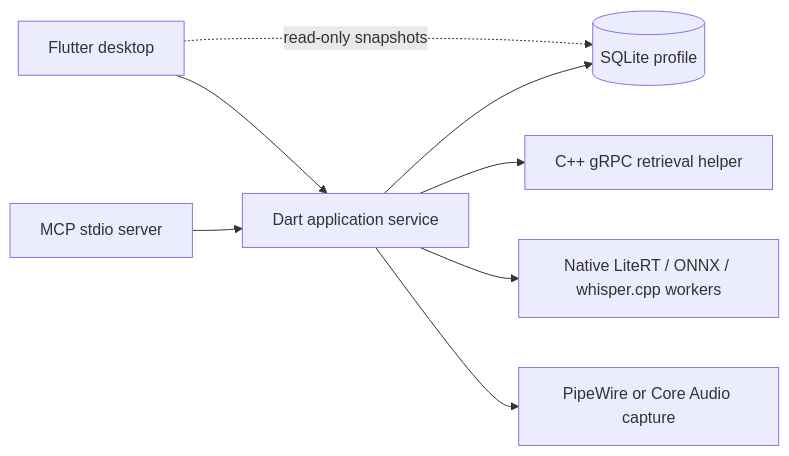
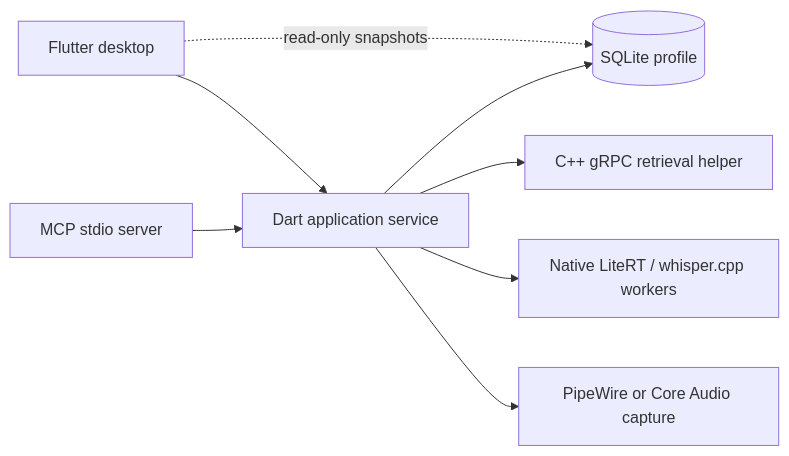
The diagram in README.md (teng-lin/open-foresight), drawn with Mermaid before and after one commit. The commit also changed other lines of this file and 57 other files, not shown here.

````diff
--- a/README.md
+++ b/README.md
@@ -121,10 +121,10 @@
 ```mermaid
 flowchart LR
   Desktop[Flutter desktop] --> Service[Dart application service]
   MCP[MCP stdio server] --> Service
   Desktop -. read-only snapshots .-> DB[(SQLite profile)]
   Service --> DB
   Service --> Helper[C++ gRPC retrieval helper]
-  Service --> Workers[Native LiteRT / ONNX / whisper.cpp workers]
+  Service --> Workers[Native LiteRT / whisper.cpp workers]
   Service --> Capture[PipeWire or Core Audio capture]
 ```
````
